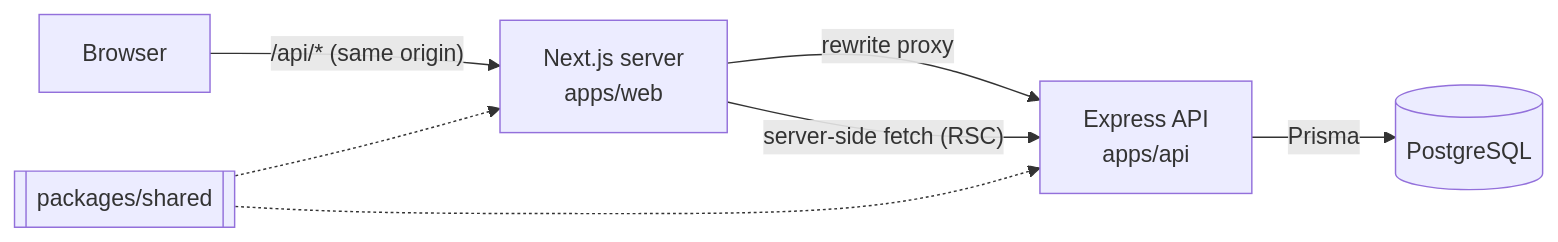
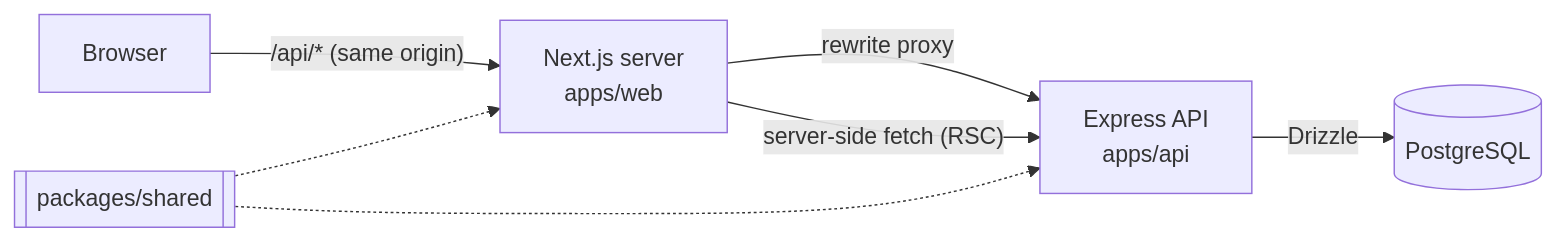
Before and after one commit to Nedal-Erekat/av-blog-app: the first of 2 diagrams in docs/system-design.md, drawn with Mermaid. The commit also changed other lines of this file and 32 other files, not shown here.

First line of the commit message:
refactor(api): replace Prisma with Drizzle ORM

````diff
--- a/docs/system-design.md
+++ b/docs/system-design.md
@@ -17,9 +17,9 @@
 ```mermaid
 flowchart LR
     B[Browser] -->|"/api/* (same origin)"| W[Next.js server<br/>apps/web]
     W -->|"rewrite proxy"| A[Express API<br/>apps/api]
     W -->|"server-side fetch (RSC)"| A
-    A -->|Prisma| D[(PostgreSQL)]
+    A -->|Drizzle| D[(PostgreSQL)]
     S[["packages/shared"]] -.-> W
     S -.-> A
 ```
````
